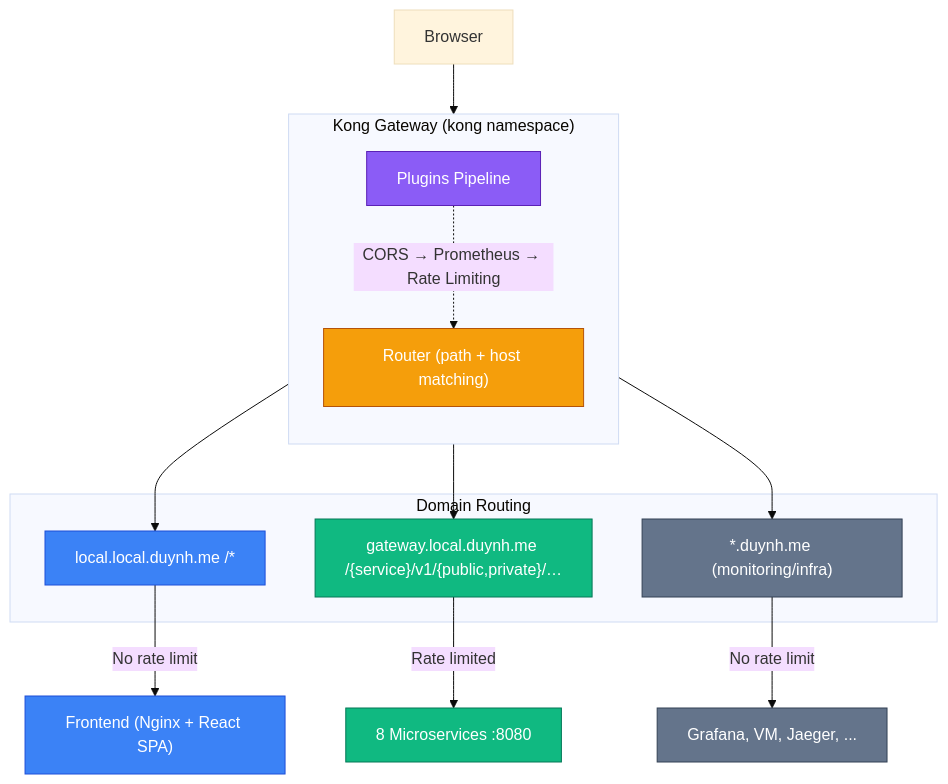
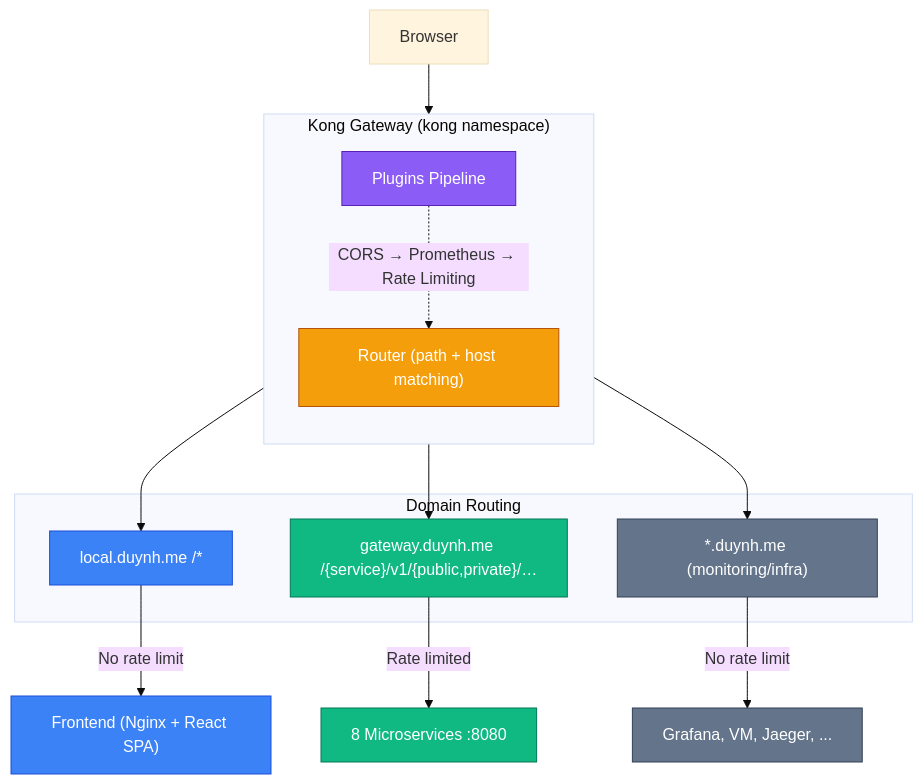
The first of 4 diagrams in docs/platform/kong-gateway.md (duynhlab/homelab), drawn with Mermaid (base theme) before and after one commit. The commit also changed other lines of this file and 7 other files, not shown here.

````diff
--- a/docs/platform/kong-gateway.md
+++ b/docs/platform/kong-gateway.md
@@ -53,33 +53,33 @@
 ```mermaid
 flowchart TD
     classDef fe fill:#3b82f6,stroke:#1d4ed8,color:#fff
     classDef gw fill:#f59e0b,stroke:#b45309,color:#fff
     classDef api fill:#10b981,stroke:#047857,color:#fff
     classDef plugin fill:#8b5cf6,stroke:#5b21b6,color:#fff
     classDef infra fill:#64748b,stroke:#334155,color:#fff
 
     Browser["Browser"]
 
     subgraph Kong["Kong Gateway (kong namespace)"]
         direction TB
         Plugins["Plugins Pipeline"]:::plugin
         Router["Router (path + host matching)"]:::gw
     end
 
     subgraph Domains["Domain Routing"]
-        FERoute["local.local.duynh.me /*"]:::fe
-        APIRoute["gateway.local.duynh.me /{service}/v1/{public,private}/…"]:::api
+        FERoute["local.duynh.me /*"]:::fe
+        APIRoute["gateway.duynh.me /{service}/v1/{public,private}/…"]:::api
         MonRoute["*.duynh.me (monitoring/infra)"]:::infra
     end
 
     Browser --> Kong
     Kong --> FERoute
     Kong --> APIRoute
     Kong --> MonRoute
 
     FERoute -->|"No rate limit"| FE["Frontend (Nginx + React SPA)"]:::fe
     APIRoute -->|"Rate limited"| APIs["8 Microservices :8080"]:::api
     MonRoute -->|"No rate limit"| Infra["Grafana, VM, Jaeger, ..."]:::infra
 
     Plugins -.->|"CORS → Prometheus → Rate Limiting"| Router
 ```
````
